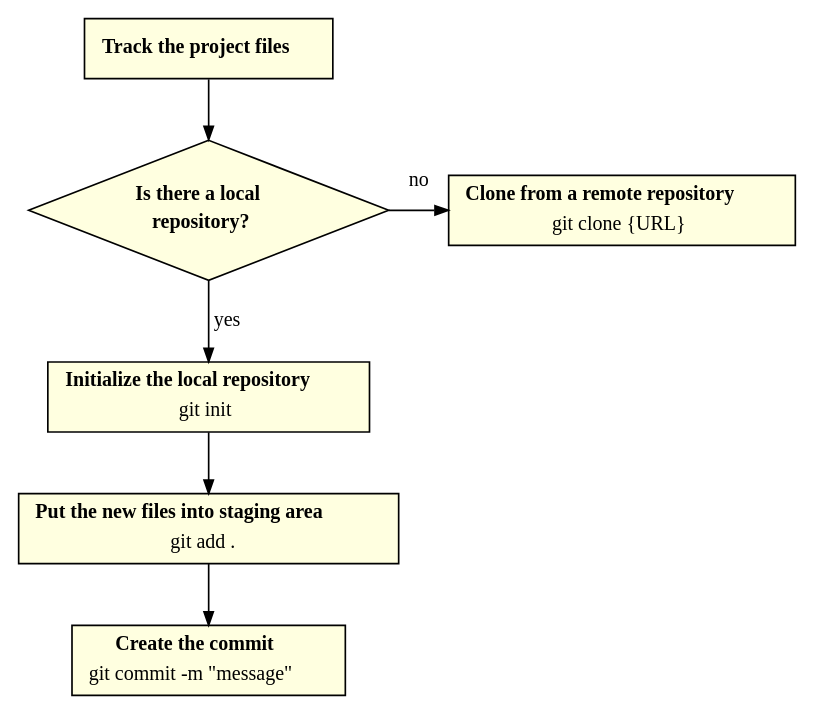
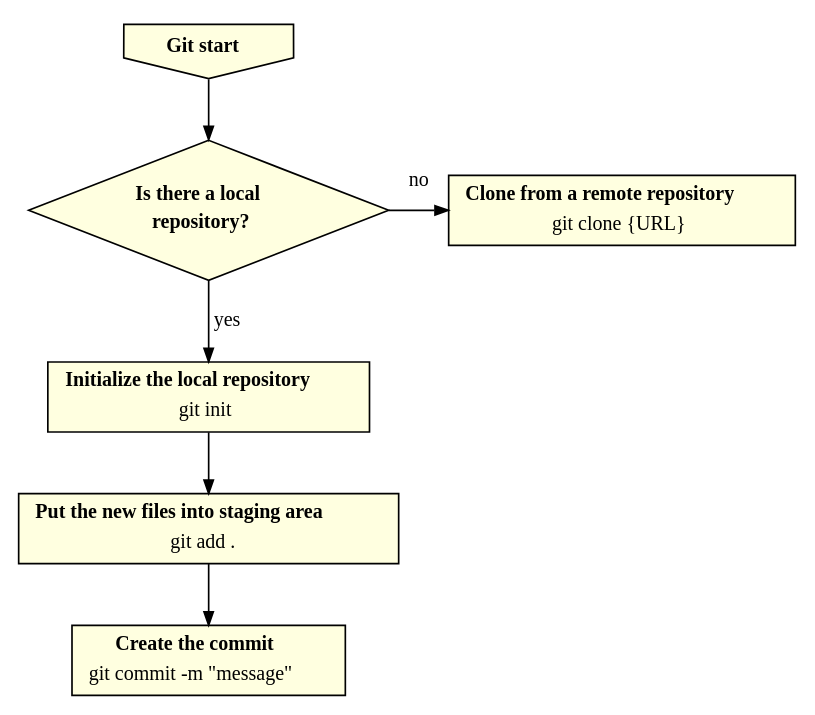
One commit to fabriciofx/gitflowchart changed the diagram in flowchart/init-workflow.gv. Above: the diagram before and after it, drawn with Graphviz. The commit also changed 5 other files, not shown here.

Commit message:
changed workflow shape

```diff
--- a/flowchart/init-workflow.gv
+++ b/flowchart/init-workflow.gv
@@ -1,80 +1,78 @@
 digraph initworkflow {
     splines = line;
 
     edge [
         arrowsize = 0.8,
         fontname = "Verdana",
         fontsize = 12
     ]
 
     node [
         shape = rect,
         style = filled,
         fillcolor = lightyellow,
         fontname = "Verdana",
         fontsize = 12
     ]
 
-    track_files [
-        label = <
-            <table border="0" cellborder="0" cellspacing="0">
-            <tr><td><b>Track the project files</b></td></tr>
-            </table>
-        >
+    // workflow
+    init [
+        shape = invhouse,
+        label = <<b>Git start</b>>
     ]
 
     // decisions
     local_repository [
         shape = diamond,
         label = <
             <table border="0" cellborder="0" cellspacing="0">
             <tr><td><b>Is there a local</b></td></tr>
             <tr><td><b>repository?</b></td></tr>
             </table>
         >
     ]
 
     // commands
     git_init [
         label = <
             <table border="0" cellborder="0" cellspacing="0">
             <tr><td><b>Initialize the local repository</b></td></tr>
             <tr><td>git init</td></tr>
             </table>
         >
     ]
     git_add [
         label = <
             <table border="0" cellborder="0" cellspacing="0">
             <tr><td><b>Put the new files into staging area</b></td></tr>
             <tr><td>git add .</td></tr>
             </table>
         >
     ]
     git_commit [
         label = <
             <table border="0" cellborder="0" cellspacing="0">
             <tr><td><b>Create the commit</b></td></tr>
             <tr><td>git commit -m "message"</td></tr>
             </table>
         >
     ]
     git_clone [
         label = <
             <table border="0" cellborder="0" cellspacing="0">
             <tr><td><b>Clone from a remote repository</b></td></tr>
             <tr><td>git clone {URL}</td></tr>
             </table>
         >
     ]
 
     // relations
-    track_files -> local_repository
+    init -> local_repository
     local_repository -> git_init [label = " yes"]
     local_repository:e -> git_clone [label = "no", constraint = false]
     git_init -> git_add
     git_add -> git_commit
 
     // put local_repository and git_clone in the same row
     {rank = same; local_repository; git_clone; }
 }
```
